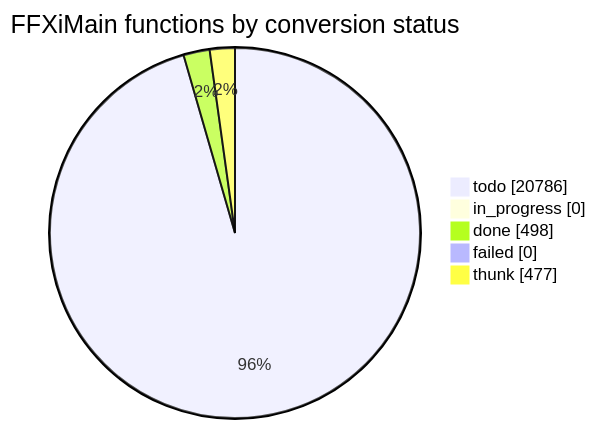
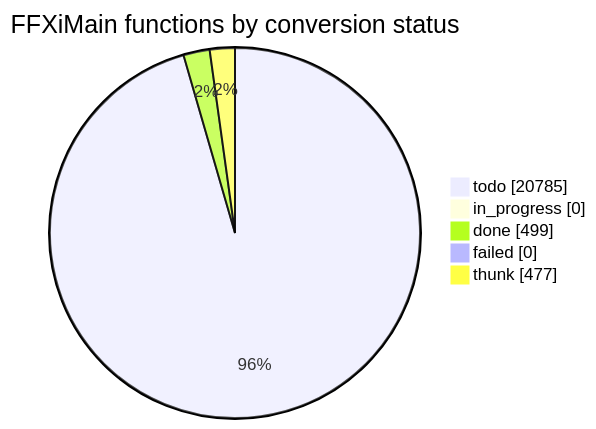
The diagram in docs/cow/STATUS.md (cowrevenge/cow_kuluu_xi_anything), drawn with Mermaid before and after one commit. The commit also changed other lines of this file and 9 other files, not shown here.

````diff
--- a/docs/cow/STATUS.md
+++ b/docs/cow/STATUS.md
@@ -18,9 +18,9 @@
 ```mermaid
 pie showData
     title FFXiMain functions by conversion status
-    "todo" : 20786
+    "todo" : 20785
     "in_progress" : 0
-    "done" : 498
+    "done" : 499
     "failed" : 0
     "thunk" : 477
 ```
````
